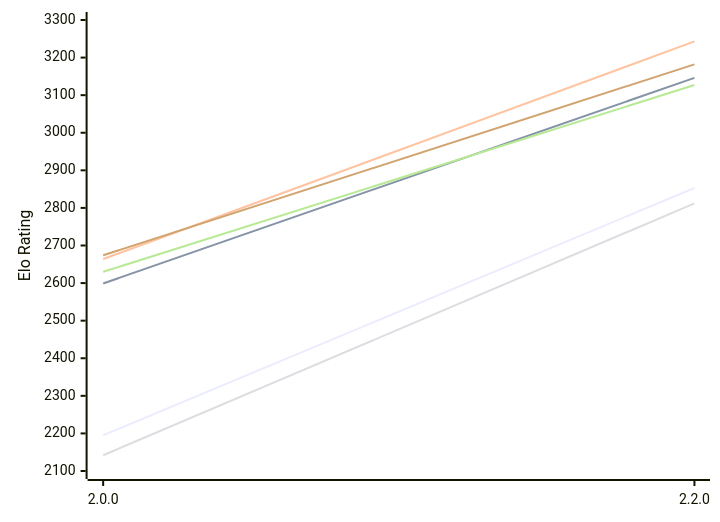
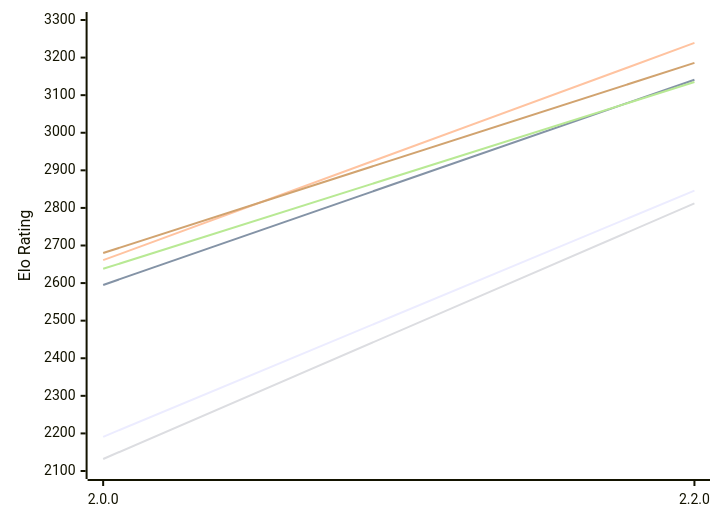
Before and after one commit to computer-chess-index/cci: the first of 2 diagrams in engines/SoloEngine.md, drawn with Mermaid. The commit also changed other lines of this file, not shown here.

Commit message:
Update CCI Ratings (ELO VLTC) - 2026-11-21

````diff
--- a/engines/SoloEngine.md
+++ b/engines/SoloEngine.md
@@ -55,12 +55,12 @@
 ```mermaid
 %%{init: {"theme":"base","themeVariables":{"seriesColors:['#a3a3a3','#222221','#faa371']}}}%%
 xychart-beta
   x-axis ["2.0.0", "2.2.0"]
   y-axis "Elo Rating" 2100 --> 3300
-  line "E1: STC (8.0+0.08s)" [2195, 2853]
-  line "E1: LTC (60.0+0.60s)" [2599, 3146]
-  line "E1: VLTC (2m24s+1.12s)" [2664, 3243]
-  line "P1: STC (8.0+0.08s)" [2142, 2812]
-  line "P1: LTC (60.0+0.60s)" [2630, 3127]
-  line "P1: VLTC (2m24s+1.12s)" [2674, 3182]
+  line "E1: STC (8.0+0.08s)" [2191, 2846]
+  line "E1: LTC (60.0+0.60s)" [2595, 3141]
+  line "E1: VLTC (2m24s+1.12s)" [2661, 3239]
+  line "P1: STC (8.0+0.08s)" [2132, 2812]
+  line "P1: LTC (60.0+0.60s)" [2638, 3135]
+  line "P1: VLTC (2m24s+1.12s)" [2680, 3186]
 ```
````
